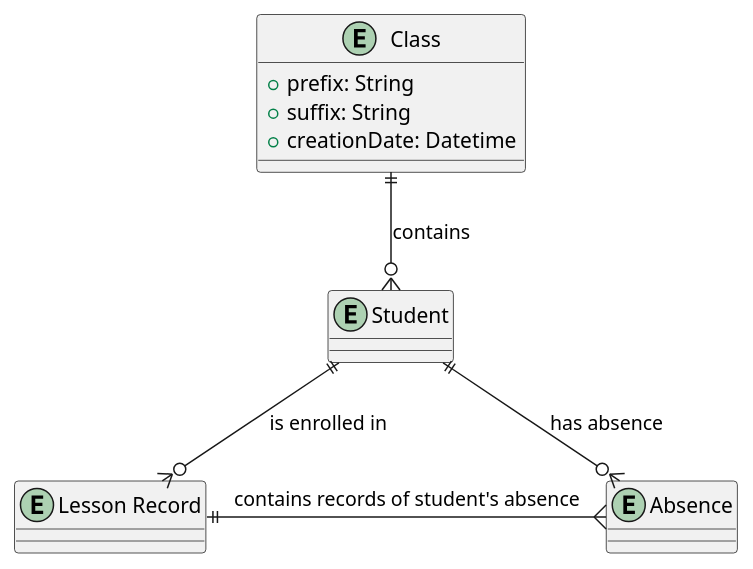
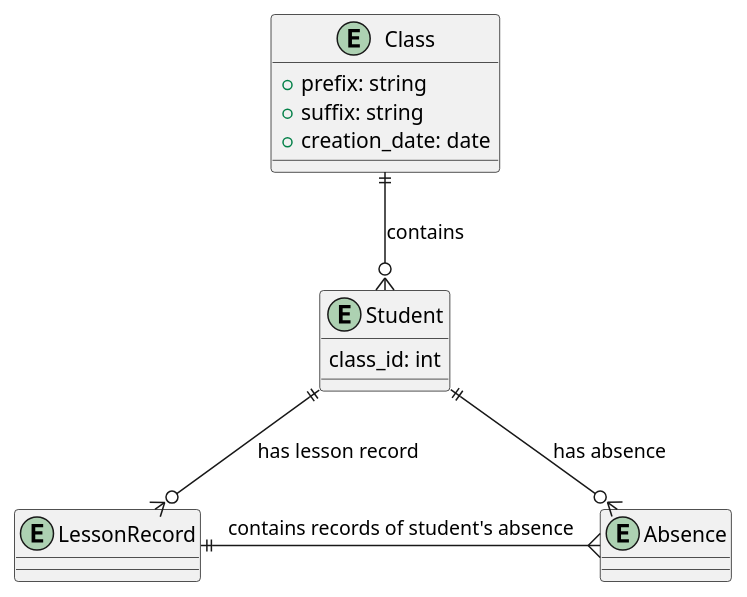
One commit to DanielADK/tul-bp changed the diagram in diagrams/ed-schedule-calculated-class.puml. Above: the diagram before and after it, drawn with PlantUML. The commit also changed 24 other files, not shown here.

```diff
--- a/diagrams/ed-schedule-calculated-class.puml
+++ b/diagrams/ed-schedule-calculated-class.puml
@@ -1,24 +1,25 @@
-@startuml
+@startuml ed-schedule-calculated-class
 entity "Class" as Class {
-    +prefix: String
-    +suffix: String
-    +creationDate: Datetime
+    +prefix: string
+    +suffix: string
+    +creation_date: date
 }
 
 entity "Student" as Student {
+    class_id: int
 }
 
-entity "Lesson Record" as LessonRecord {
+entity "LessonRecord" as LessonRecord {
 }
 
 entity "Absence" as Absence {
 }
 
 Class ||--o{ Student : "contains"
 
 Student ||--o{ Absence : "has absence"
-Student ||--o{ LessonRecord : "is enrolled in"
+Student ||--o{ LessonRecord : "has lesson record"
 
 LessonRecord ||-{ Absence : "contains records of student's absence"
 
 @enduml
```
